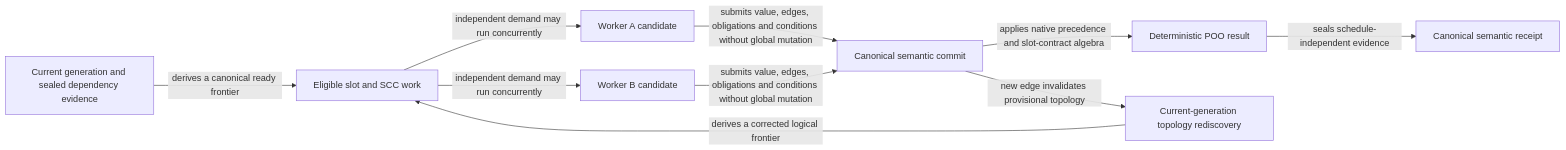
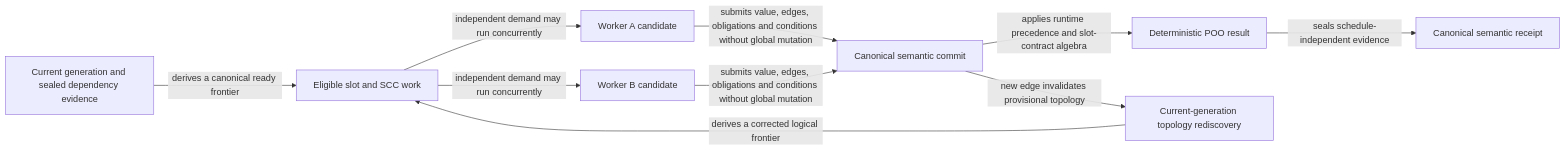
The first of 4 diagrams in module-system/design/45-33-deterministic-parallel-poo-evaluation-and-canonical-commit.org (tao3k/gebril-yuanxu), drawn with Mermaid before and after one commit. The commit also changed other lines of this file and 1469 other files, not shown here.

```diff
--- a/module-system/design/45-33-deterministic-parallel-poo-evaluation-and-canonical-commit.org
+++ b/module-system/design/45-33-deterministic-parallel-poo-evaluation-and-canonical-commit.org
@@ -56,12 +56,12 @@
 #+begin_src mermaid
 flowchart LR
   G["Current generation and sealed dependency evidence"] -->|"derives a canonical ready frontier"| Q["Eligible slot and SCC work"]
   Q -->|"independent demand may run concurrently"| A["Worker A candidate"]
   Q -->|"independent demand may run concurrently"| B["Worker B candidate"]
   A -->|"submits value, edges, obligations and conditions without global mutation"| C["Canonical semantic commit"]
   B -->|"submits value, edges, obligations and conditions without global mutation"| C
-  C -->|"applies native precedence and slot-contract algebra"| V["Deterministic POO result"]
+  C -->|"applies runtime precedence and slot-contract algebra"| V["Deterministic POO result"]
   C -->|"new edge invalidates provisional topology"| T["Current-generation topology rediscovery"]
   T -->|"derives a corrected logical frontier"| Q
   V -->|"seals schedule-independent evidence"| R["Canonical semantic receipt"]
 #+end_src
```
